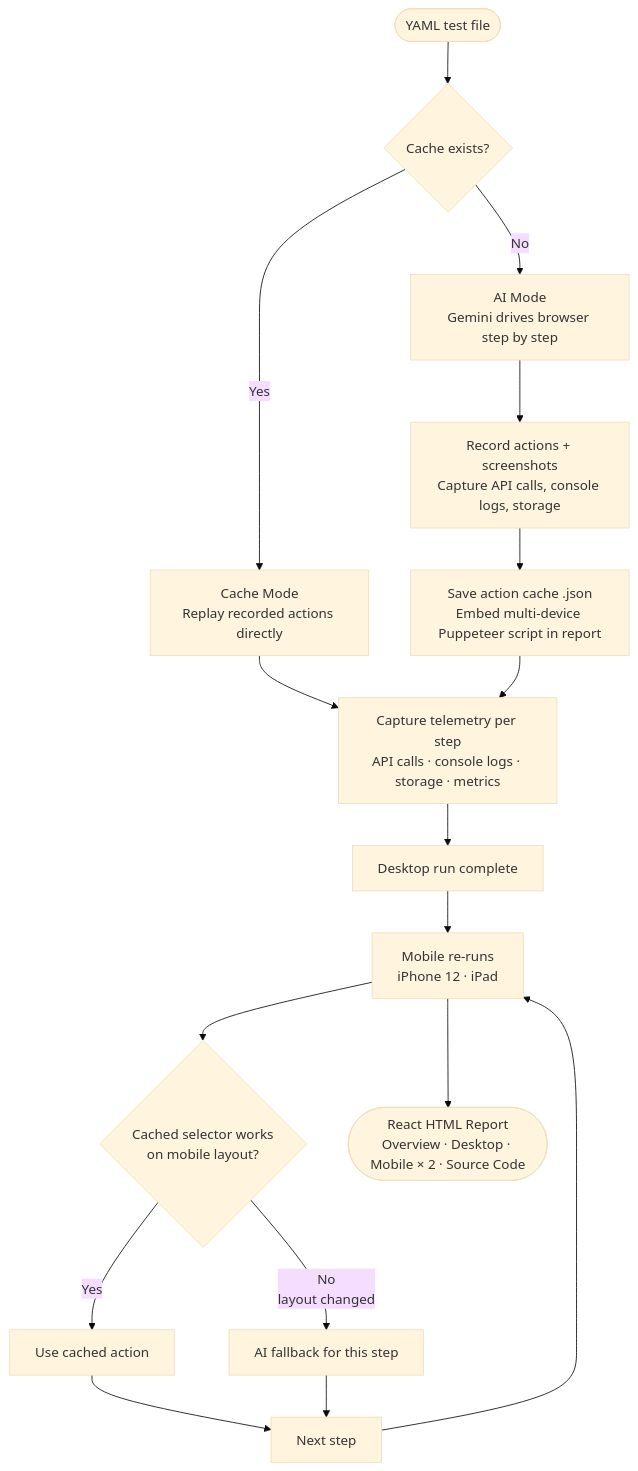
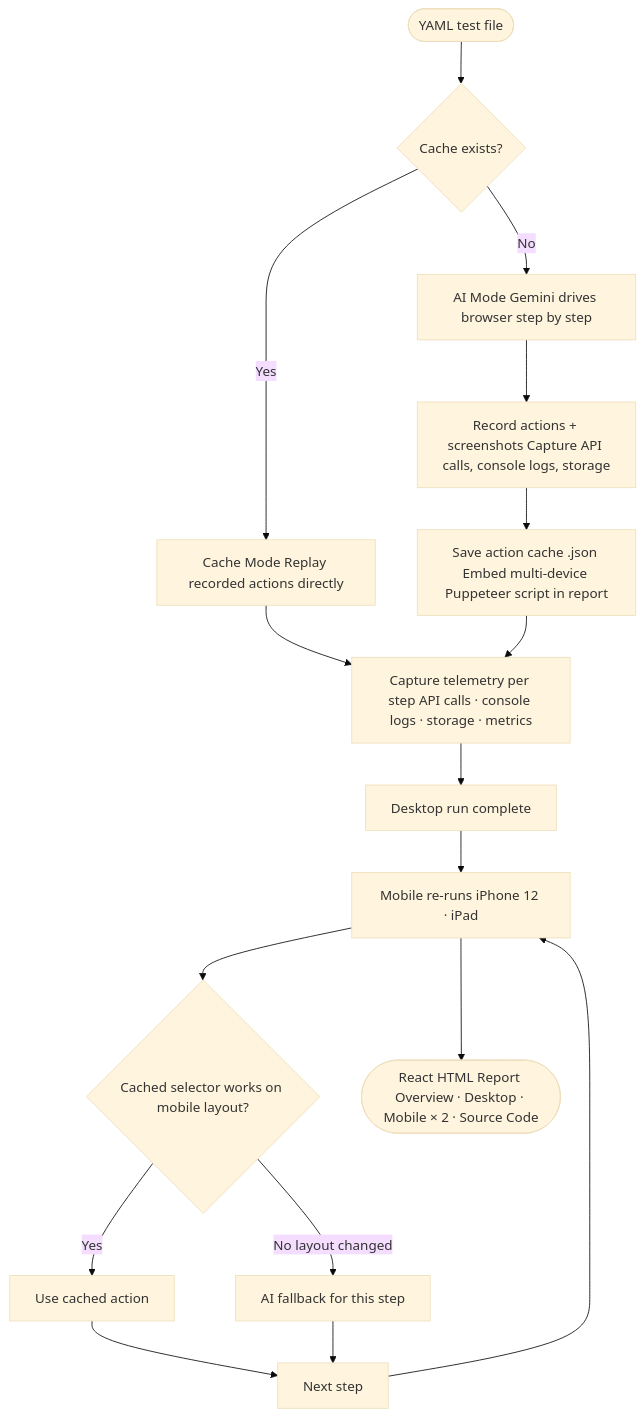
Before and after one commit to Adhishtanaka/QAA: the diagram in README.md, drawn with Mermaid (base theme).

Commit message:
remove typo

````diff
--- a/README.md
+++ b/README.md
@@ -9,24 +9,24 @@
 ```mermaid
 flowchart TD
     A([YAML test file]) --> B{Cache exists?}
 
-    B -- No --> C[AI Mode\nGemini drives browser step by step]
-    C --> D[Record actions + screenshots\nCapture API calls, console logs, storage]
-    D --> E[Save action cache .json\nEmbed multi-device Puppeteer script in report]
+    B -- No --> C[AI Mode Gemini drives browser step by step]
+    C --> D[Record actions + screenshots Capture API calls, console logs, storage]
+    D --> E[Save action cache .json Embed multi-device Puppeteer script in report]
 
-    B -- Yes --> F[Cache Mode\nReplay recorded actions directly]
-    F --> G[Capture telemetry per step\nAPI calls · console logs · storage · metrics]
+    B -- Yes --> F[Cache Mode Replay recorded actions directly]
+    F --> G[Capture telemetry per step API calls · console logs · storage · metrics]
 
     E --> G
     G --> H[Desktop run complete]
 
-    H --> I[Mobile re-runs\niPhone 12 · iPad]
-    I --> J{Cached selector works\non mobile layout?}
+    H --> I[Mobile re-runs iPhone 12 · iPad]
+    I --> J{Cached selector works on mobile layout?}
     J -- Yes --> K[Use cached action]
-    J -- No\nlayout changed --> L[AI fallback for this step]
+    J -- No layout changed --> L[AI fallback for this step]
     K --> M[Next step]
     L --> M
     M --> I
 
-    I --> N([React HTML Report\nOverview · Desktop · Mobile × 2 · Source Code])
+    I --> N([React HTML Report Overview · Desktop · Mobile × 2 · Source Code])
 ```
````
